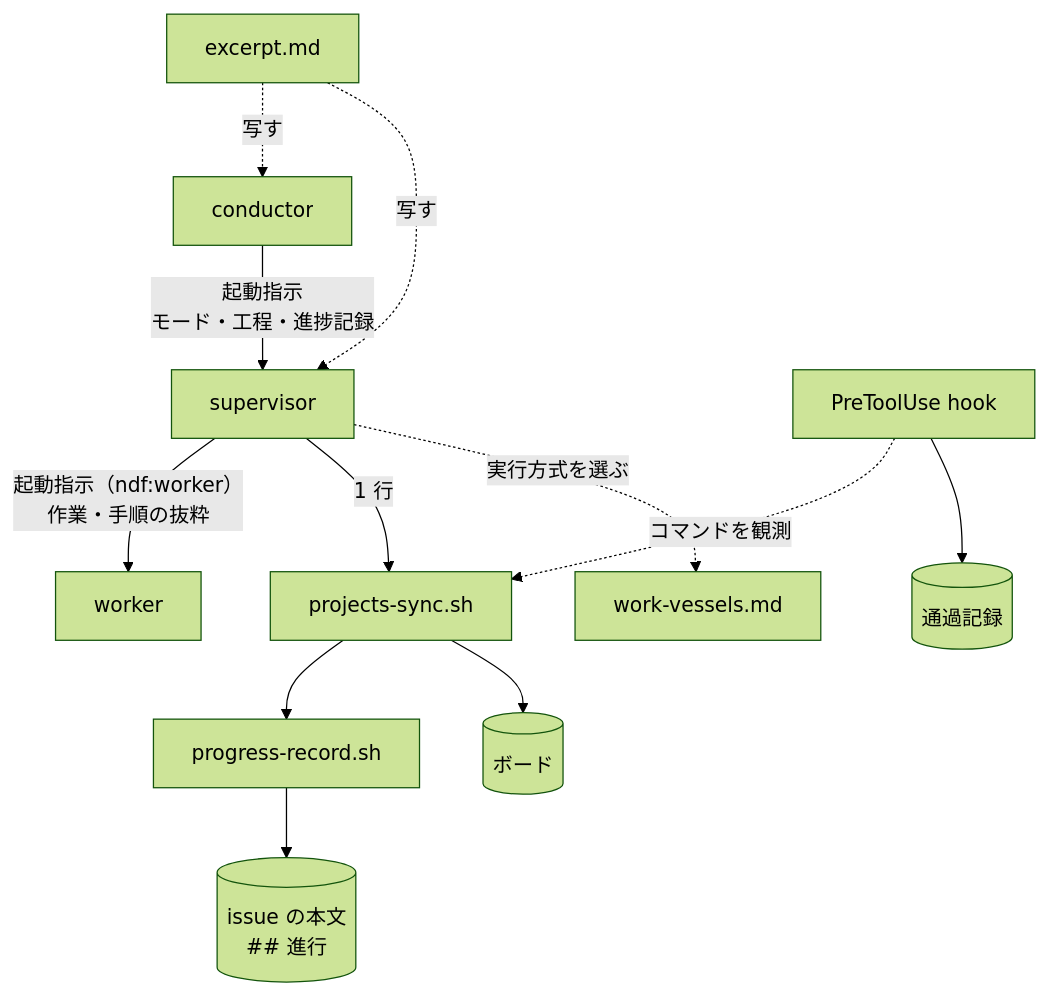
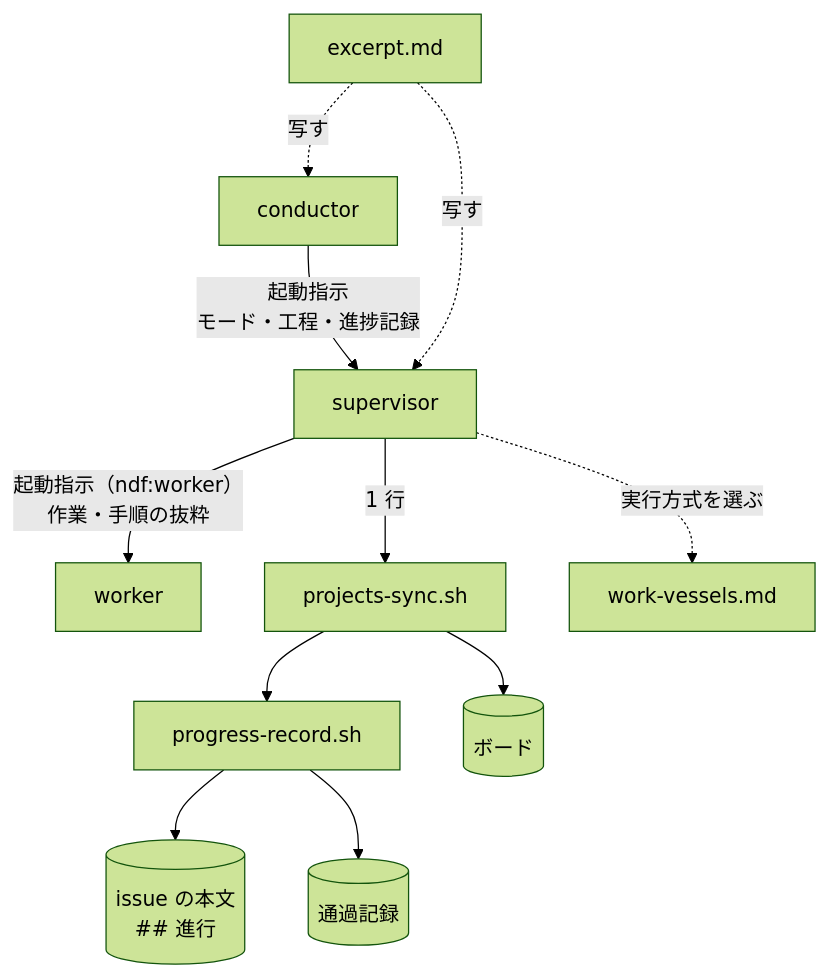
One commit to devbasex/ai-plugins changed the diagram in docs/specifications/ndf-worker-agent-and-skill-excerpts.md. Above: the diagram before and after it, drawn with Mermaid (forest theme). The commit also changed other lines of this file and 2 other files, not shown here.

````diff
--- a/docs/specifications/ndf-worker-agent-and-skill-excerpts.md
+++ b/docs/specifications/ndf-worker-agent-and-skill-excerpts.md
@@ -74,14 +74,13 @@
 ```mermaid
 flowchart TB
   C[conductor] -- 起動指示<br/>モード・工程・進捗記録 --> S[supervisor]
   S -- "起動指示（ndf:worker）<br/>作業・手順の抜粋" --> W[worker]
   S -- 1 行 --> PS[projects-sync.sh]
   PS --> PR[progress-record.sh]
   PR --> IB[(issue の本文<br/>## 進行)]
   PS --> BD[(ボード)]
-  H[PreToolUse hook] -. コマンドを観測 .-> PS
-  H --> ST[(通過記録)]
+  PR --> ST[(通過記録)]
   S -. 実行方式を選ぶ .-> WV[work-vessels.md]
   EX[excerpt.md] -. 写す .-> C
   EX -. 写す .-> S
 ```
````
